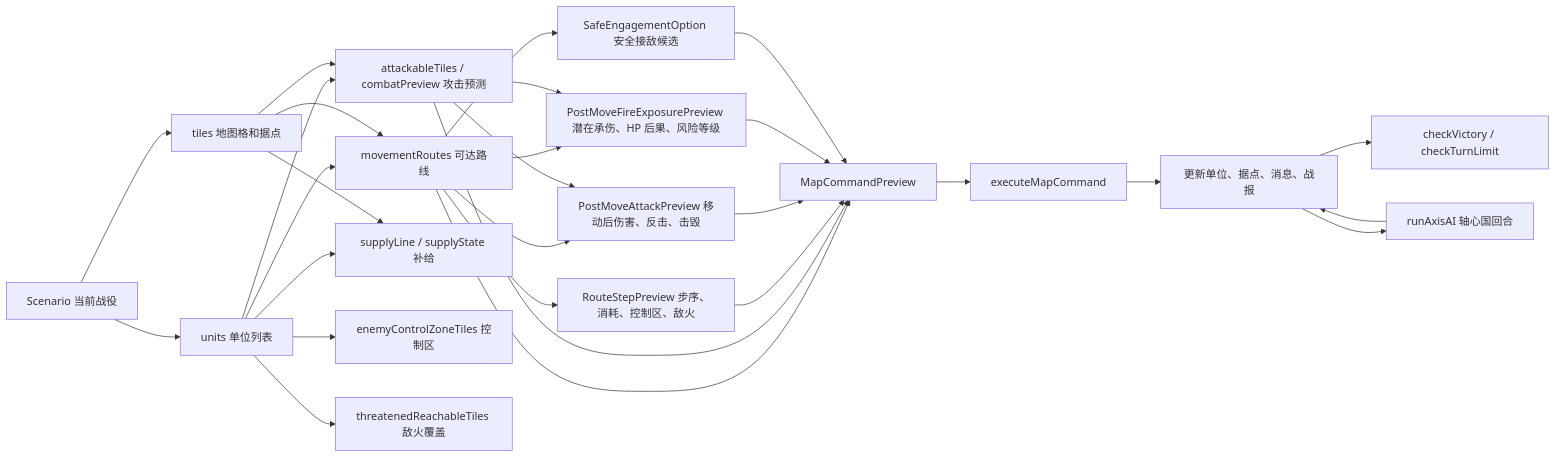
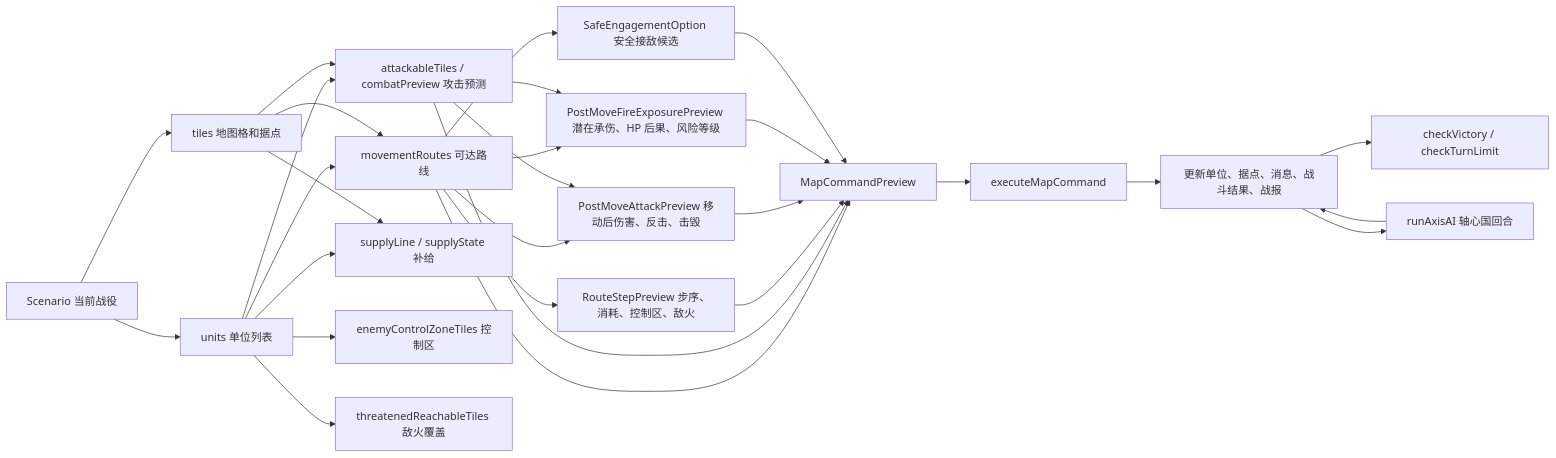
One commit to Altman-sam114/116 changed the third of 5 diagrams in md/flow/flowchart.md. Above: the diagram before and after it, drawn with Mermaid. The commit also changed other lines of this file and 9 other files, not shown here.

````diff
--- a/md/flow/flowchart.md
+++ b/md/flow/flowchart.md
@@ -50,30 +50,30 @@
 ```mermaid
 flowchart LR
   S["Scenario 当前战役"] --> U["units 单位列表"]
   S --> T["tiles 地图格和据点"]
   U --> MV["movementRoutes 可达路线"]
   T --> MV
   U --> AT["attackableTiles / combatPreview 攻击预测"]
   T --> AT
   U --> SUP["supplyLine / supplyState 补给"]
   T --> SUP
   U --> ZOC["enemyControlZoneTiles 控制区"]
   U --> THR["threatenedReachableTiles 敌火覆盖"]
   MV --> RP["RouteStepPreview 步序、消耗、控制区、敌火"]
   MV --> PM["PostMoveAttackPreview 移动后伤害、反击、击毁"]
   MV --> FP["PostMoveFireExposurePreview 潜在承伤、HP 后果、风险等级"]
   MV --> SE["SafeEngagementOption 安全接敌候选"]
   AT --> PM
   AT --> FP
   MV --> CMD["MapCommandPreview"]
   AT --> CMD
   RP --> CMD
   PM --> CMD
   FP --> CMD
   SE --> CMD
   CMD --> EX["executeMapCommand"]
-  EX --> RES["更新单位、据点、消息、战报"]
+  EX --> RES["更新单位、据点、消息、战斗结果、战报"]
   RES --> WIN["checkVictory / checkTurnLimit"]
   RES --> AI["runAxisAI 轴心国回合"]
   AI --> RES
 ```
````
